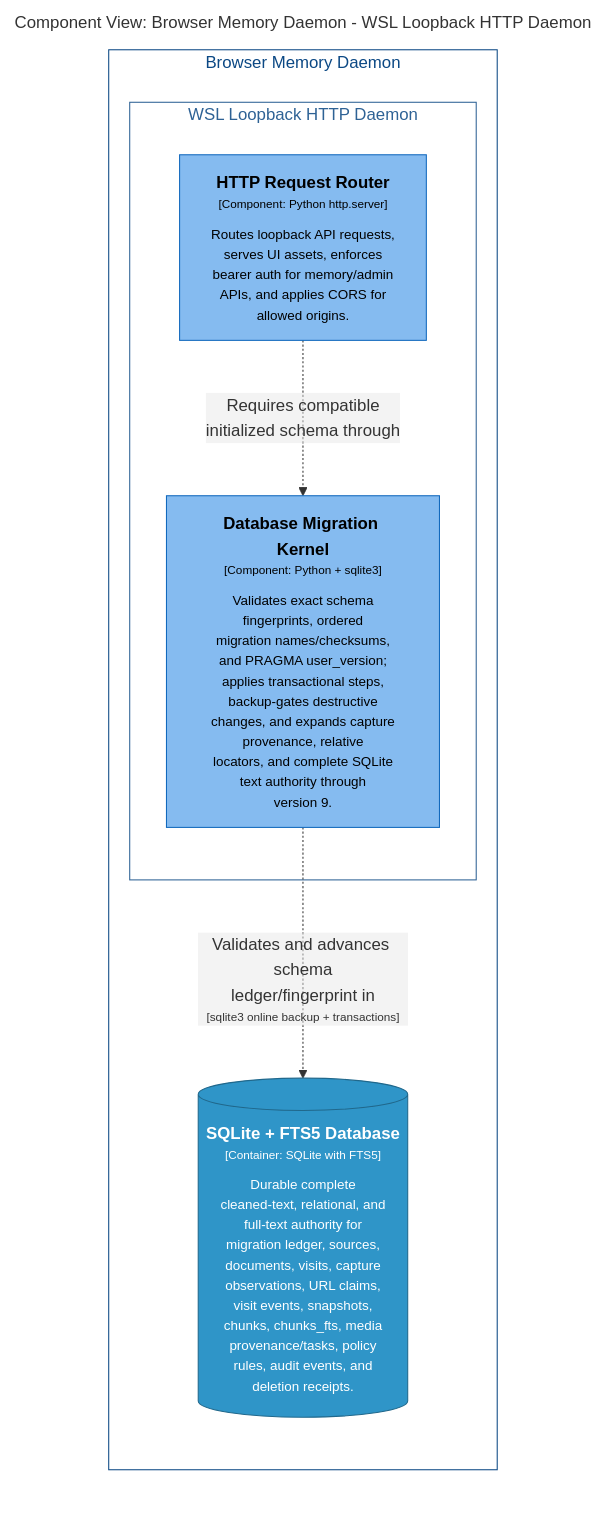
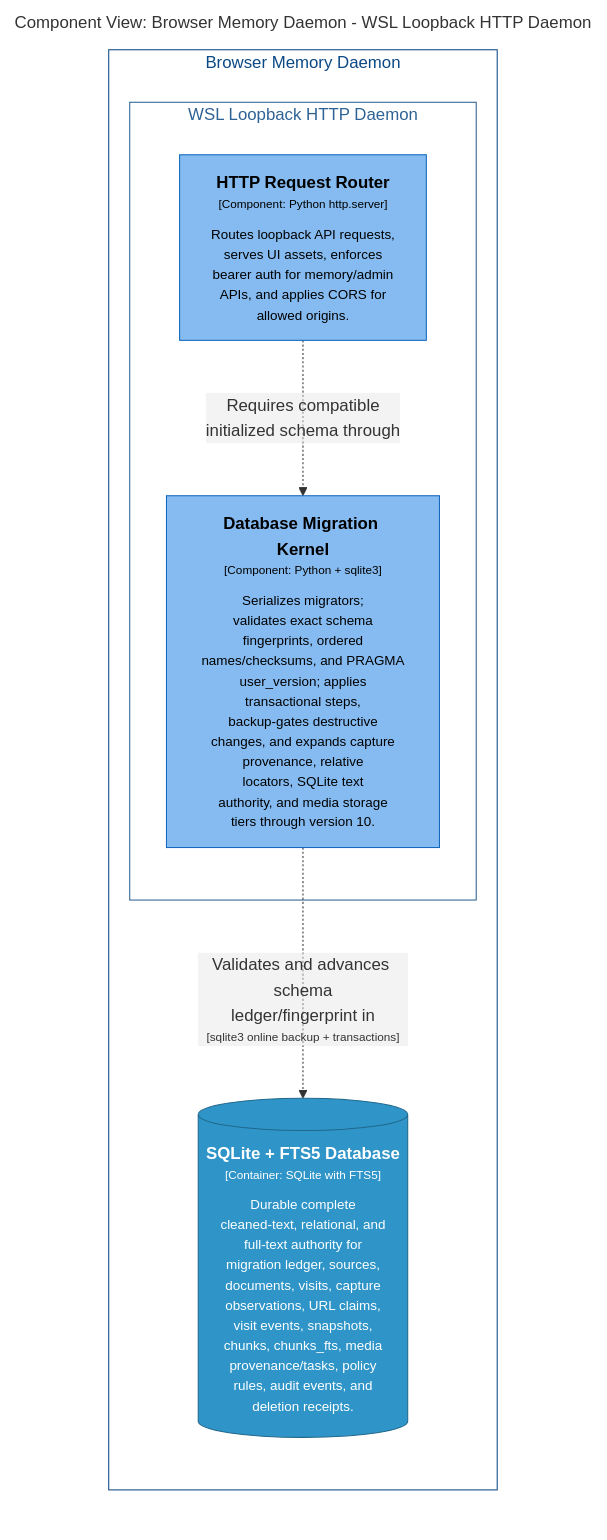
One commit to michaelnicks0/browser-memory-daemon changed the diagram in docs/architecture/diagrams/markdown/DaemonMigrationComponents.md. Above: the diagram before and after it, drawn with Mermaid. The commit also changed 184 other files, not shown here.

Commit message:
feat(storage): split media root and add bounded spool

````diff
--- a/docs/architecture/diagrams/markdown/DaemonMigrationComponents.md
+++ b/docs/architecture/diagrams/markdown/DaemonMigrationComponents.md
@@ -16,28 +16,28 @@
 ```mermaid
 graph LR
   linkStyle default fill:#ffffff
 
   subgraph diagram ["Component View: Browser Memory Daemon - WSL Loopback HTTP Daemon"]
     style diagram fill:#ffffff,stroke:#ffffff
 
     subgraph 4 ["Browser Memory Daemon"]
       style 4 fill:#ffffff,stroke:#0b4884,color:#0b4884
 
       subgraph 14 ["WSL Loopback HTTP Daemon"]
         style 14 fill:#ffffff,stroke:#2e6295,color:#2e6295
 
         15["<div style='font-weight: bold'>HTTP Request Router</div><div style='font-size: 70%; margin-top: 0px'>[Component: Python http.server]</div><div style='font-size: 80%; margin-top:10px'>Routes loopback API requests,<br />serves UI assets, enforces<br />bearer auth for memory/admin<br />APIs, and applies CORS for<br />allowed origins.</div>"]
         style 15 fill:#85bbf0,stroke:#1168bd,color:#000000
-        16["<div style='font-weight: bold'>Database Migration Kernel</div><div style='font-size: 70%; margin-top: 0px'>[Component: Python + sqlite3]</div><div style='font-size: 80%; margin-top:10px'>Validates exact schema<br />fingerprints, ordered<br />migration names/checksums,<br />and PRAGMA user_version;<br />applies transactional steps,<br />backup-gates destructive<br />changes, and expands capture<br />provenance, relative<br />locators, and complete SQLite<br />text authority through<br />version 9.</div>"]
+        16["<div style='font-weight: bold'>Database Migration Kernel</div><div style='font-size: 70%; margin-top: 0px'>[Component: Python + sqlite3]</div><div style='font-size: 80%; margin-top:10px'>Serializes migrators;<br />validates exact schema<br />fingerprints, ordered<br />names/checksums, and PRAGMA<br />user_version; applies<br />transactional steps,<br />backup-gates destructive<br />changes, and expands capture<br />provenance, relative<br />locators, SQLite text<br />authority, and media storage<br />tiers through version 10.</div>"]
         style 16 fill:#85bbf0,stroke:#1168bd,color:#000000
       end
 
       29[("<div style='font-weight: bold'>SQLite + FTS5 Database</div><div style='font-size: 70%; margin-top: 0px'>[Container: SQLite with FTS5]</div><div style='font-size: 80%; margin-top:10px'>Durable complete<br />cleaned-text, relational, and<br />full-text authority for<br />migration ledger, sources,<br />documents, visits, capture<br />observations, URL claims,<br />visit events, snapshots,<br />chunks, chunks_fts, media<br />provenance/tasks, policy<br />rules, audit events, and<br />deletion receipts.</div>")]
       style 29 fill:#2f95c8,stroke:#20688c,color:#ffffff
     end
 
     15-. "<div>Requires compatible<br />initialized schema through</div><div style='font-size: 70%'></div>" .->16
     16-. "<div>Validates and advances schema<br />ledger/fingerprint in</div><div style='font-size: 70%'>[sqlite3 online backup + transactions]</div>" .->29
 
   end
 ```
````
